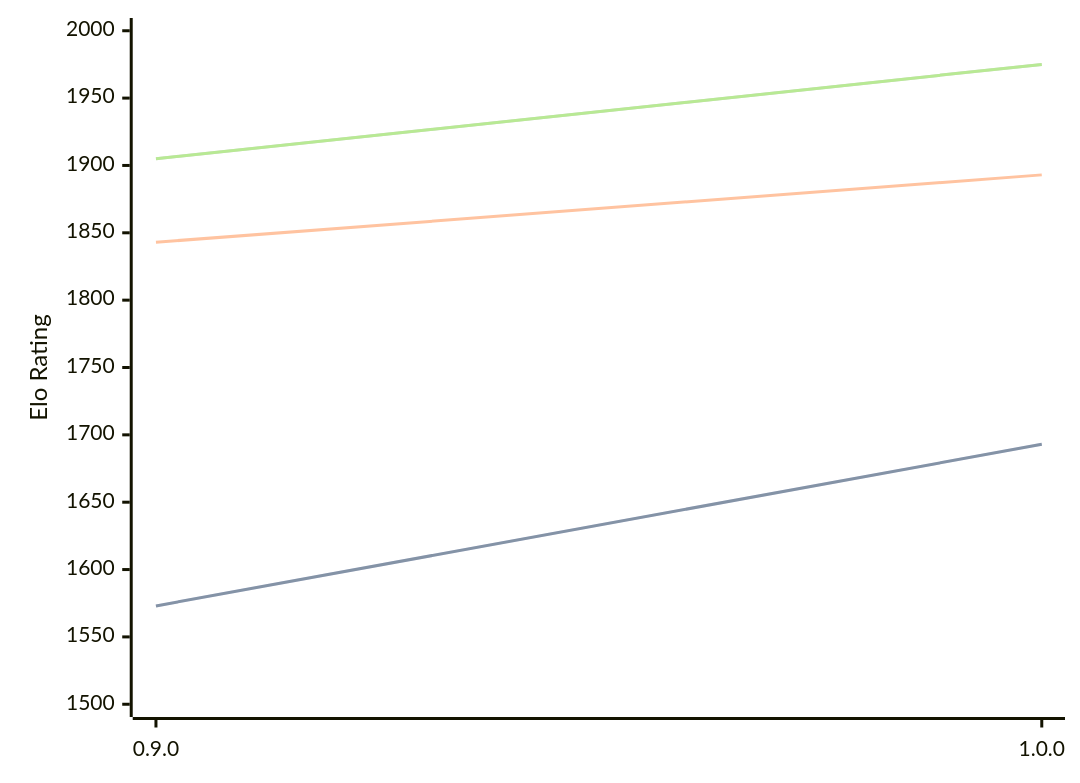
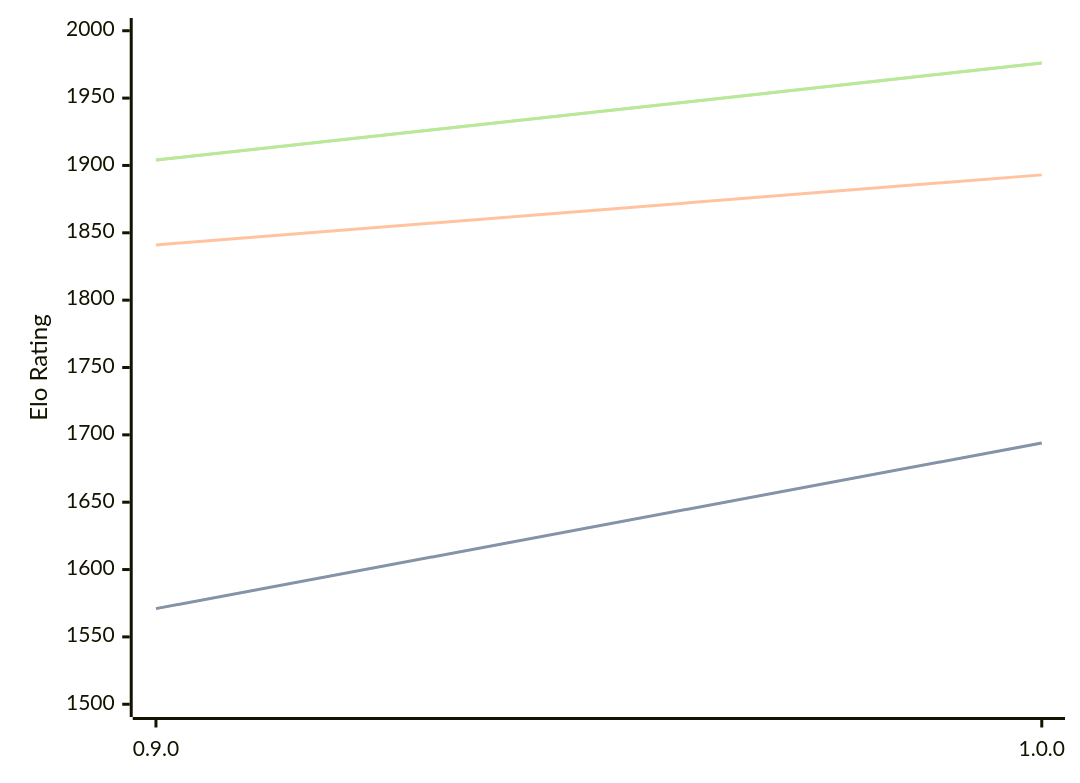
Before and after one commit to computer-chess-index/cci: the diagram in engines/Ratsu.md, drawn with Mermaid. The commit also changed other lines of this file, not shown here.

Commit message:
Update CCI Ratings (ELO VLTC) - 2026-02-28

````diff
--- a/engines/Ratsu.md
+++ b/engines/Ratsu.md
@@ -30,11 +30,11 @@
 ```mermaid
 %%{init: {"theme":"base","themeVariables":{"seriesColors:['#a3a3a3','#222221','#faa371']}}}%%
 xychart-beta
   x-axis ["0.9.0", "1.0.0"]
   y-axis "Elo Rating" 1500 --> 2000
-  line "STC (8.0+0.08s)" [1573, 1693]
-  line "STC (8.0+0.08s)" [1573, 1693]
-  line "LTC (60.0+0.60s)" [1843, 1893]
-  line "VLTC (2m24s+1.12s)" [1905, 1975]
-  line "VLTC (2m24s+1.12s)" [1905, 1975]
+  line "STC (8.0+0.08s)" [1571, 1694]
+  line "STC (8.0+0.08s)" [1571, 1694]
+  line "LTC (60.0+0.60s)" [1841, 1893]
+  line "VLTC (2m24s+1.12s)" [1904, 1976]
+  line "VLTC (2m24s+1.12s)" [1904, 1976]
 ```
````
